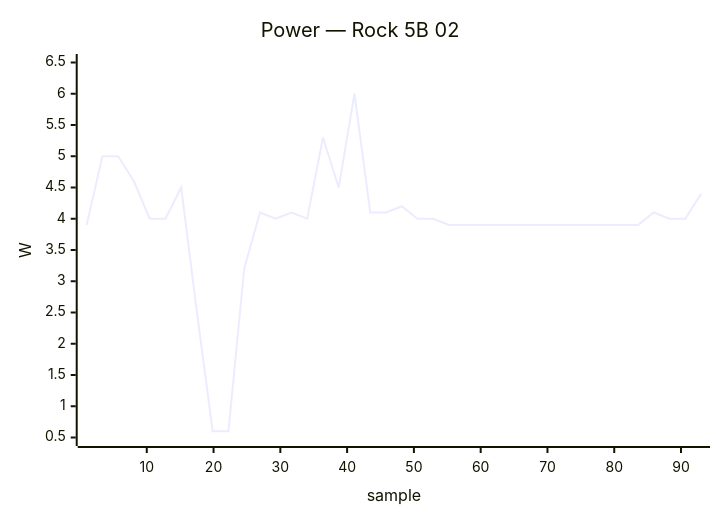
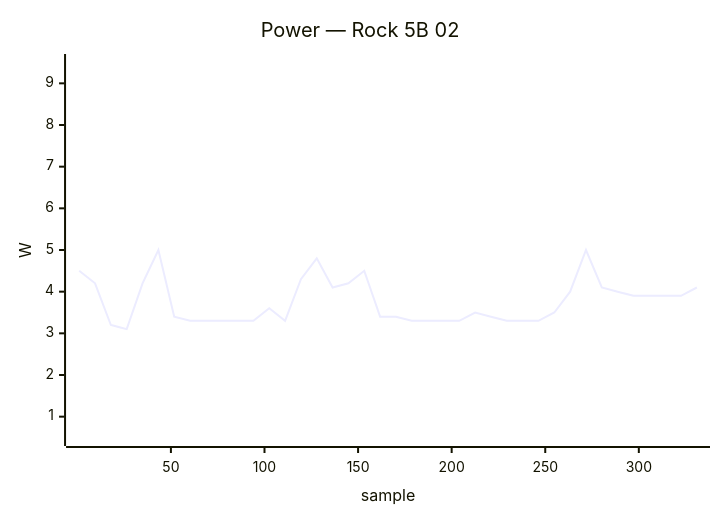
One commit to armbian/documentation changed the sixth of 39 diagrams in docs/status/board-tests.md. Above: the diagram before and after it, drawn with Mermaid. The commit also changed other lines of this file, not shown here.

````diff
--- a/docs/status/board-tests.md
+++ b/docs/status/board-tests.md
@@ -275,7 +203,7 @@
 ```mermaid
 xychart-beta
     title "Power — Rock 5B 02"
-    x-axis "sample" 1 --> 93
-    y-axis "W" 0.5 --> 6.5
-    line [3.9, 5.0, 5.0, 4.6, 4.0, 4.0, 4.5, 2.5, 0.6, 0.6, 3.2, 4.1, 4.0, 4.1, 4.0, 5.3, 4.5, 6.0, 4.1, 4.1, 4.2, 4.0, 4.0, 3.9, 3.9, 3.9, 3.9, 3.9, 3.9, 3.9, 3.9, 3.9, 3.9, 3.9, 3.9, 3.9, 4.1, 4.0, 4.0, 4.4]
+    x-axis "sample" 1 --> 331
+    y-axis "W" 0.5 --> 9.5
+    line [4.5, 4.2, 3.2, 3.1, 4.2, 5.0, 3.4, 3.3, 3.3, 3.3, 3.3, 3.3, 3.6, 3.3, 4.3, 4.8, 4.1, 4.2, 4.5, 3.4, 3.4, 3.3, 3.3, 3.3, 3.3, 3.5, 3.4, 3.3, 3.3, 3.3, 3.5, 4.0, 5.0, 4.1, 4.0, 3.9, 3.9, 3.9, 3.9, 4.1]
 ```
````
